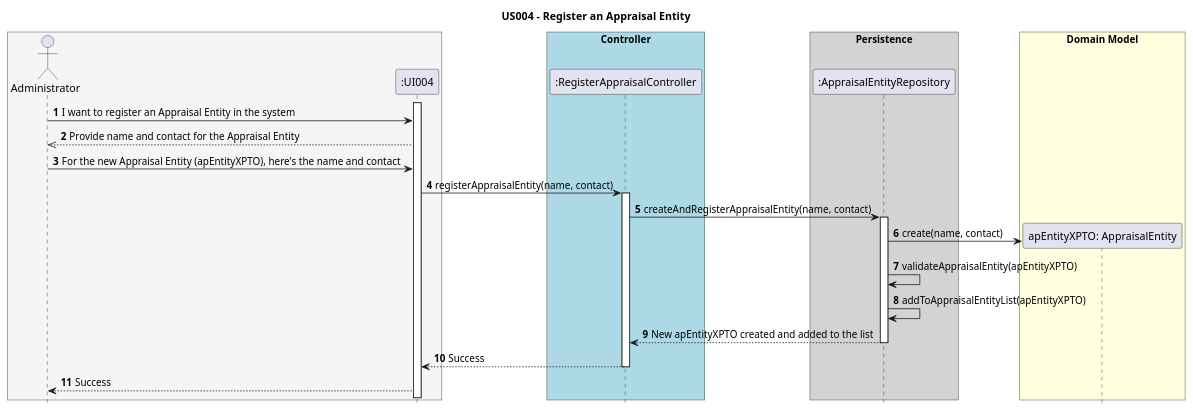
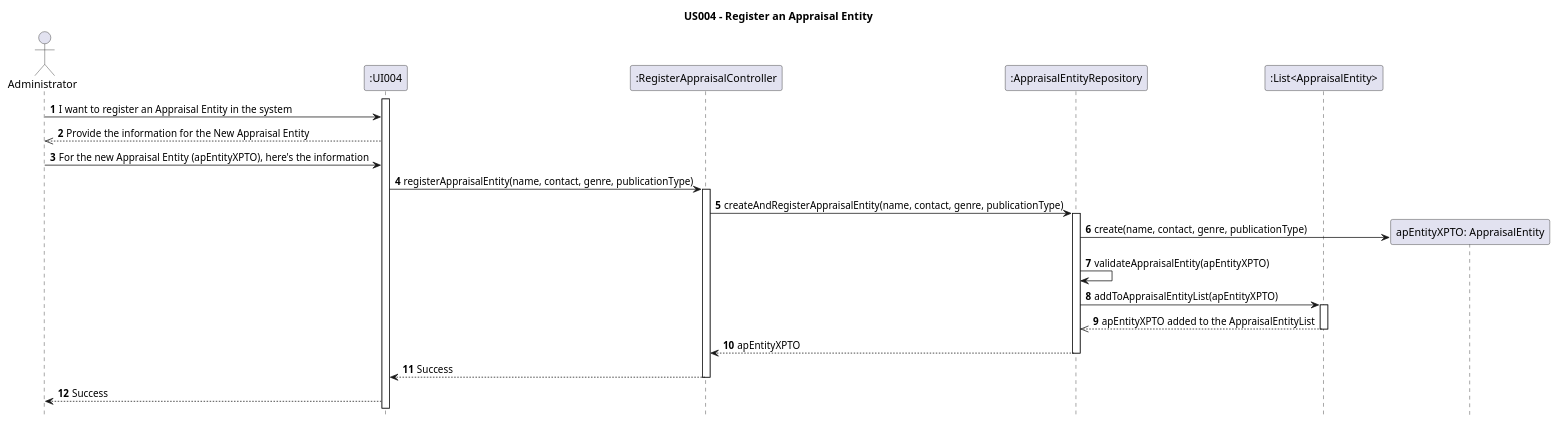
One commit to AndrePereiraGitH/SWitCH-Project-Team_A changed the diagram in Diagrams/SequenceDiagrams/N2/US004-to-register-an-appraisal-entity.puml. Above: the diagram before and after it, drawn with PlantUML. The commit also changed 8 other files, not shown here.

Commit message:
Finished #23 #26, sequence and class diagram finished

```diff
--- a/Diagrams/SequenceDiagrams/N2/US004-to-register-an-appraisal-entity.puml
+++ b/Diagrams/SequenceDiagrams/N2/US004-to-register-an-appraisal-entity.puml
@@ -1,55 +1,53 @@
 @startuml
 
 hide footbox
 autonumber
 
 title US004 - Register an Appraisal Entity
 
-box #WhiteSmoke
-    actor Administrator
-    participant ":UI004" as UI
-end box
 
-box "Controller" #LightBlue
-    participant ":RegisterAppraisalController" as RegisterAppraisalController
-end box
-
-box "Persistence" #LightGrey
-    participant ":AppraisalEntityRepository" as AppraisalEntityRepository
-end box
+actor Administrator
+participant ":UI004" as UI
+participant ":RegisterAppraisalController" as RegisterAppraisalController
+participant ":AppraisalEntityRepository" as AppraisalEntityRepository
+participant ":List<AppraisalEntity>"
 
 activate UI
 ' Human communication started by Administrator
 Administrator -> UI : I want to register an Appraisal Entity in the system
-UI -->> Administrator : Provide name and contact for the Appraisal Entity
-Administrator -> UI : For the new Appraisal Entity (apEntityXPTO), here's the name and contact
+UI -->> Administrator : Provide the information for the New Appraisal Entity
+Administrator -> UI : For the new Appraisal Entity (apEntityXPTO), here's the information
 
 ' First contact between UI and the System
-UI -> RegisterAppraisalController : registerAppraisalEntity(name, contact)
+UI -> RegisterAppraisalController : registerAppraisalEntity(name, contact, genre, publicationType)
 activate RegisterAppraisalController
 
 ' Communication between RegisterAppraisalController and AppraisalEntityRepository
-RegisterAppraisalController -> AppraisalEntityRepository : createAndRegisterAppraisalEntity(name, contact)
+RegisterAppraisalController -> AppraisalEntityRepository : createAndRegisterAppraisalEntity(name, contact, genre, publicationType)
 activate AppraisalEntityRepository
 
 ' Creation of new AppraisalEntity
-box "Domain Model"#LightYellow
-    create "apEntityXPTO: AppraisalEntity" as AppraisalEntity
-end box
+create "apEntityXPTO: AppraisalEntity" as AppraisalEntity
+
 ' Creation, validation and addition made in AppraisalEntityRepository
-AppraisalEntityRepository -> AppraisalEntity : create(name, contact)
+AppraisalEntityRepository -> AppraisalEntity : create(name, contact, genre, publicationType)
 AppraisalEntityRepository -> AppraisalEntityRepository : validateAppraisalEntity(apEntityXPTO)
-AppraisalEntityRepository -> AppraisalEntityRepository : addToAppraisalEntityList(apEntityXPTO)
+
+' Adding new appraisal entity
+AppraisalEntityRepository -> ":List<AppraisalEntity>" : addToAppraisalEntityList(apEntityXPTO)
+activate ":List<AppraisalEntity>"
+":List<AppraisalEntity>" -->> AppraisalEntityRepository : apEntityXPTO added to the AppraisalEntityList
+deactivate
 
 ' Return from AppraisalEntityRepository to RegisterAppraisalController
-AppraisalEntityRepository --> RegisterAppraisalController : New apEntityXPTO created and added to the list
+AppraisalEntityRepository --> RegisterAppraisalController : apEntityXPTO
 deactivate AppraisalEntityRepository
 
 ' Return from RegisterAppraisalConstroller to the UI
 RegisterAppraisalController --> UI : Success
 deactivate RegisterAppraisalController
 
 ' Return from UI to Administrator
 UI --> Administrator :  Success
 
 @enduml
```
